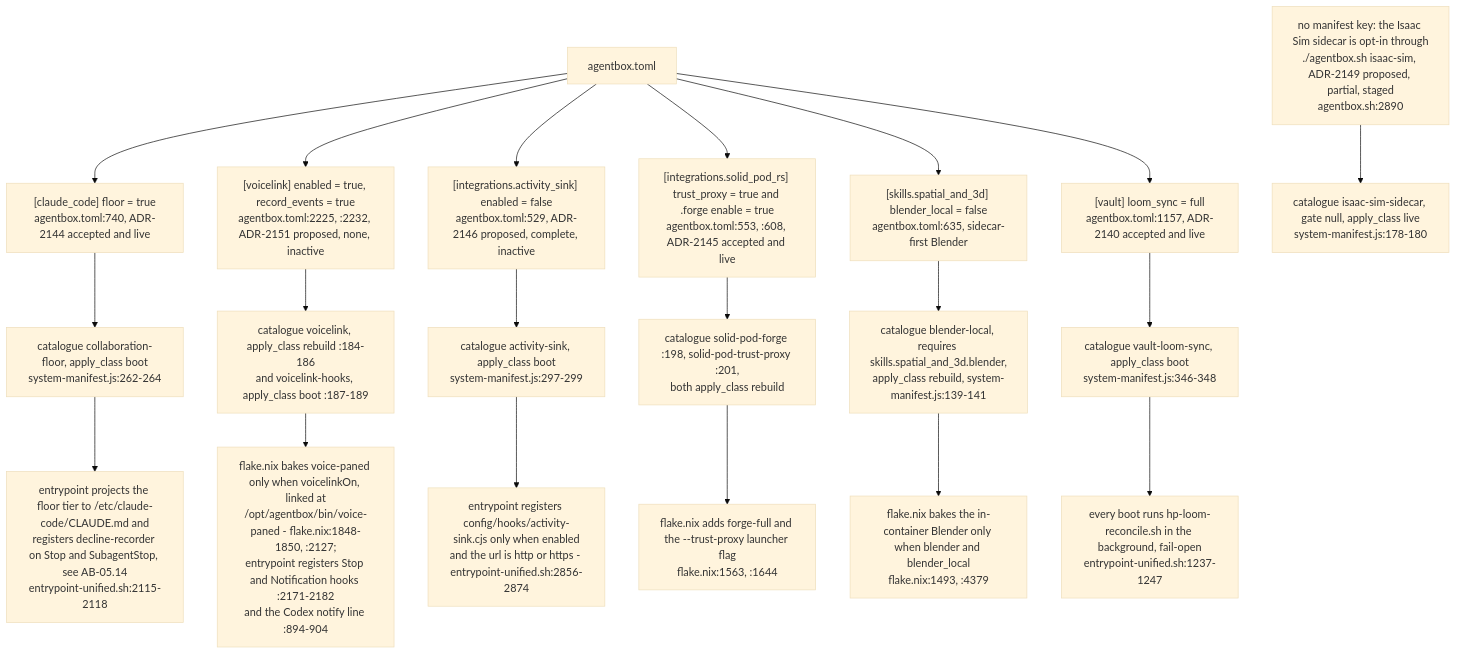
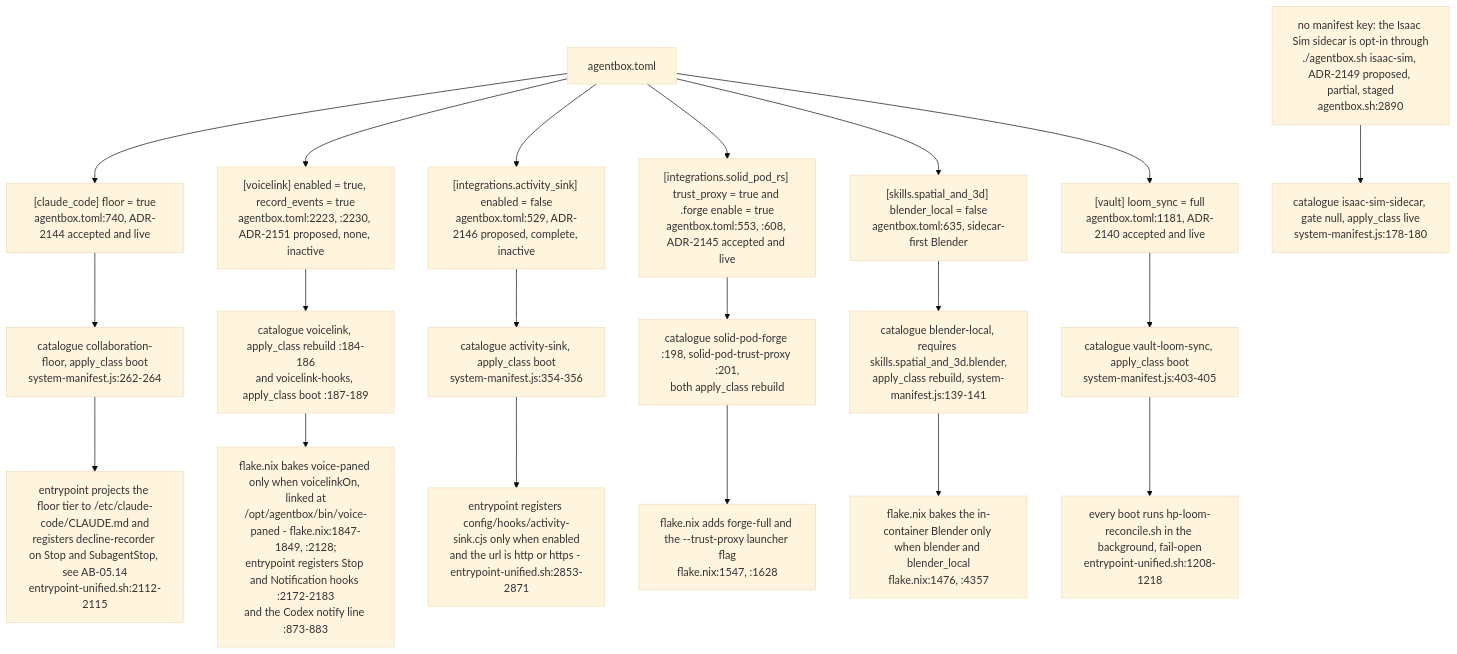
Before and after one commit to DreamLab-AI/VisionFlow: diagram 16 of 16 in docs/diagrams/agentbox/05-manifest-gates-and-cli.md, drawn with Mermaid (base theme). The commit also changed other lines of this file and 145 other files, not shown here.

````diff
--- a/docs/diagrams/agentbox/05-manifest-gates-and-cli.md
+++ b/docs/diagrams/agentbox/05-manifest-gates-and-cli.md
@@ -570,26 +583,26 @@
 ```mermaid
 flowchart TB
     TOML["agentbox.toml"]
     TOML --> G1["[claude_code] floor = true<br/>agentbox.toml:740, ADR-2144 accepted and live"]
-    TOML --> G2["[voicelink] enabled = true, record_events = true<br/>agentbox.toml:2225, :2232, ADR-2151 proposed, none, inactive"]
+    TOML --> G2["[voicelink] enabled = true, record_events = true<br/>agentbox.toml:2223, :2230, ADR-2151 proposed, none, inactive"]
     TOML --> G3["[integrations.activity_sink] enabled = false<br/>agentbox.toml:529, ADR-2146 proposed, complete, inactive"]
     TOML --> G4["[integrations.solid_pod_rs] trust_proxy = true and .forge enable = true<br/>agentbox.toml:553, :608, ADR-2145 accepted and live"]
     TOML --> G5["[skills.spatial_and_3d] blender_local = false<br/>agentbox.toml:635, sidecar-first Blender"]
-    TOML --> G6["[vault] loom_sync = full<br/>agentbox.toml:1157, ADR-2140 accepted and live"]
+    TOML --> G6["[vault] loom_sync = full<br/>agentbox.toml:1181, ADR-2140 accepted and live"]
     NOKEY["no manifest key: the Isaac Sim sidecar is opt-in through<br/>./agentbox.sh isaac-sim, ADR-2149 proposed, partial, staged<br/>agentbox.sh:2890"]
 
     G1 --> C1["catalogue collaboration-floor, apply_class boot<br/>system-manifest.js:262-264"]
     G2 --> C2["catalogue voicelink, apply_class rebuild :184-186<br/>and voicelink-hooks, apply_class boot :187-189"]
-    G3 --> C3["catalogue activity-sink, apply_class boot<br/>system-manifest.js:297-299"]
+    G3 --> C3["catalogue activity-sink, apply_class boot<br/>system-manifest.js:354-356"]
     G4 --> C4["catalogue solid-pod-forge :198, solid-pod-trust-proxy :201,<br/>both apply_class rebuild"]
     G5 --> C5["catalogue blender-local, requires skills.spatial_and_3d.blender,<br/>apply_class rebuild, system-manifest.js:139-141"]
-    G6 --> C6["catalogue vault-loom-sync, apply_class boot<br/>system-manifest.js:346-348"]
+    G6 --> C6["catalogue vault-loom-sync, apply_class boot<br/>system-manifest.js:403-405"]
     NOKEY --> C7["catalogue isaac-sim-sidecar, gate null, apply_class live<br/>system-manifest.js:178-180"]
 
-    C1 --> B1["entrypoint projects the floor tier to /etc/claude-code/CLAUDE.md and<br/>registers decline-recorder on Stop and SubagentStop, see AB-05.14<br/>entrypoint-unified.sh:2115-2118"]
-    C2 --> B2["flake.nix bakes voice-paned only when voicelinkOn, linked at<br/>/opt/agentbox/bin/voice-paned - flake.nix:1848-1850, :2127;<br/>entrypoint registers Stop and Notification hooks :2171-2182<br/>and the Codex notify line :894-904"]
-    C3 --> B3["entrypoint registers config/hooks/activity-sink.cjs only when enabled<br/>and the url is http or https - entrypoint-unified.sh:2856-2874"]
-    C4 --> B4["flake.nix adds forge-full and the --trust-proxy launcher flag<br/>flake.nix:1563, :1644"]
-    C5 --> B5["flake.nix bakes the in-container Blender only when blender and blender_local<br/>flake.nix:1493, :4379"]
-    C6 --> B6["every boot runs hp-loom-reconcile.sh in the background, fail-open<br/>entrypoint-unified.sh:1237-1247"]
+    C1 --> B1["entrypoint projects the floor tier to /etc/claude-code/CLAUDE.md and<br/>registers decline-recorder on Stop and SubagentStop, see AB-05.14<br/>entrypoint-unified.sh:2112-2115"]
+    C2 --> B2["flake.nix bakes voice-paned only when voicelinkOn, linked at<br/>/opt/agentbox/bin/voice-paned - flake.nix:1847-1849, :2128;<br/>entrypoint registers Stop and Notification hooks :2172-2183<br/>and the Codex notify line :873-883"]
+    C3 --> B3["entrypoint registers config/hooks/activity-sink.cjs only when enabled<br/>and the url is http or https - entrypoint-unified.sh:2853-2871"]
+    C4 --> B4["flake.nix adds forge-full and the --trust-proxy launcher flag<br/>flake.nix:1547, :1628"]
+    C5 --> B5["flake.nix bakes the in-container Blender only when blender and blender_local<br/>flake.nix:1476, :4357"]
+    C6 --> B6["every boot runs hp-loom-reconcile.sh in the background, fail-open<br/>entrypoint-unified.sh:1208-1218"]
 ```
````
